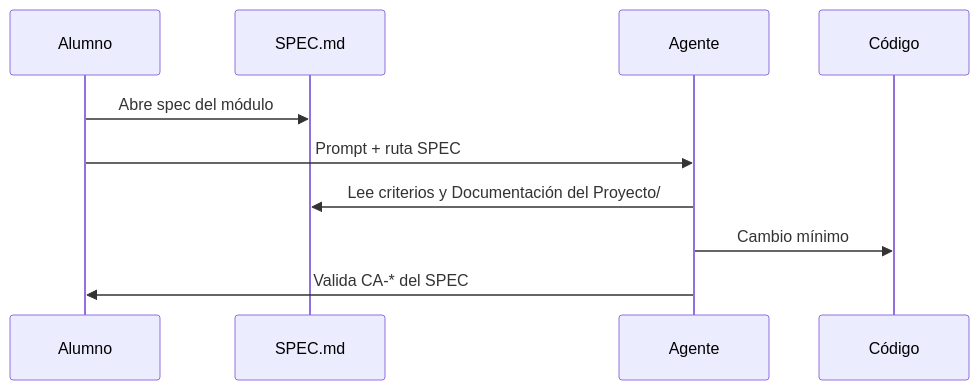
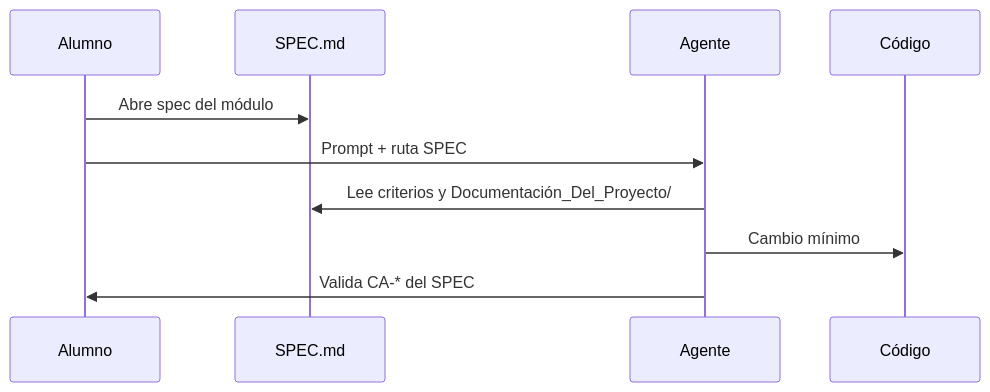
The diagram in spec-driven/IMPLEMENTACION-SPEC-DRIVEN-DEVELOPMENT.md (winbugsmx/ShopDemo), drawn with Mermaid before and after one commit. The commit also changed other lines of this file and 848 other files, not shown here.

````diff
--- a/spec-driven/IMPLEMENTACION-SPEC-DRIVEN-DEVELOPMENT.md
+++ b/spec-driven/IMPLEMENTACION-SPEC-DRIVEN-DEVELOPMENT.md
@@ -158,13 +158,13 @@
 ```mermaid
 sequenceDiagram
     participant U as Alumno
     participant S as SPEC.md
     participant A as Agente
     participant C as Código
 
     U->>S: Abre spec del módulo
     U->>A: Prompt + ruta SPEC
-    A->>S: Lee criterios y Documentación del Proyecto/
+    A->>S: Lee criterios y Documentación_Del_Proyecto/
     A->>C: Cambio mínimo
     A->>U: Valida CA-* del SPEC
 ```
````
